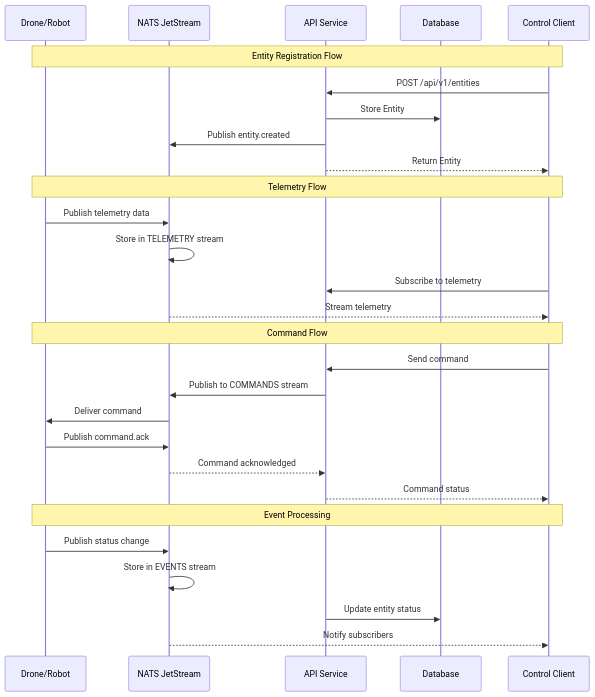
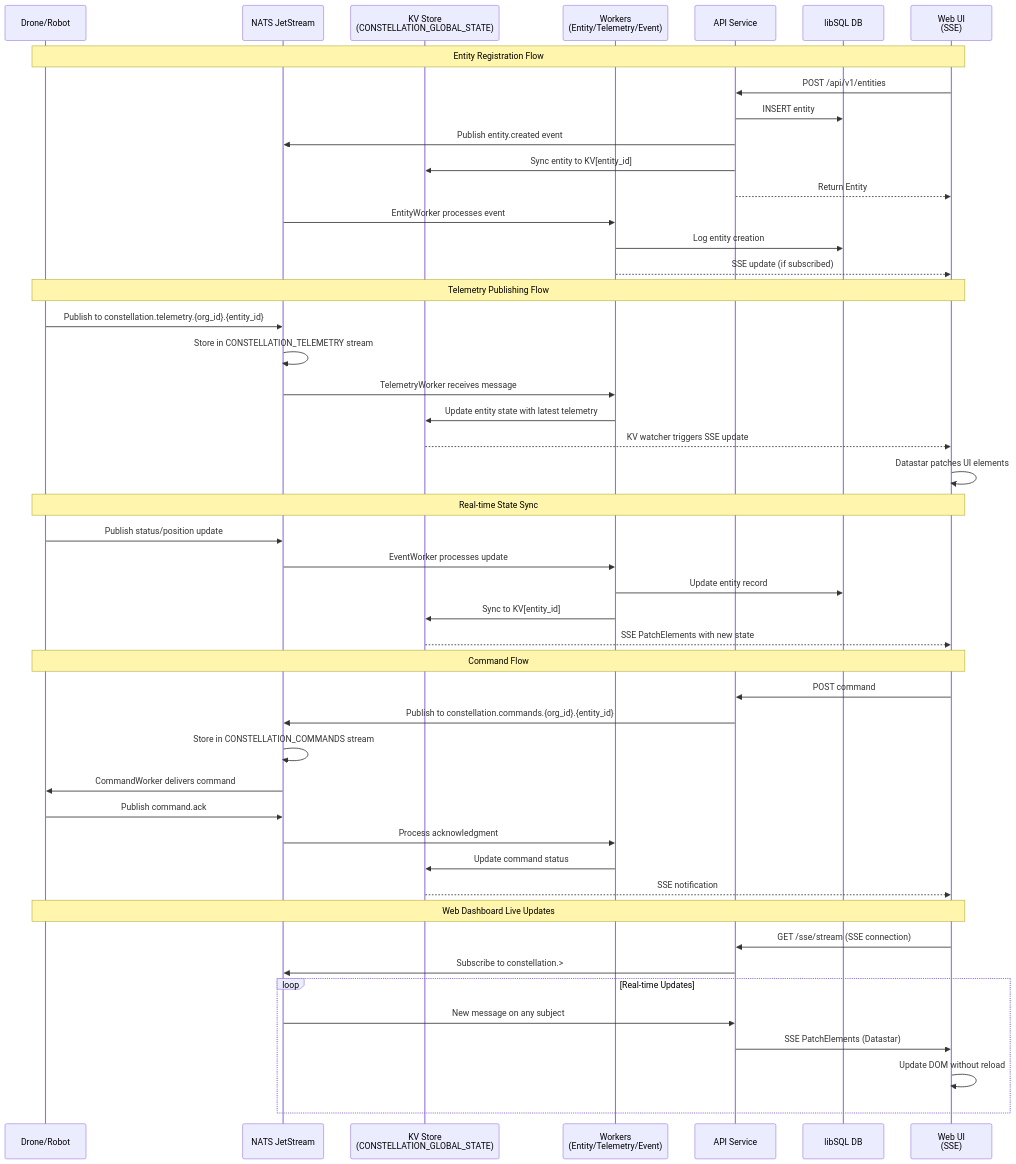
Before and after one commit to xznhj8129/constellation-overwatch: the second of 2 diagrams in README.md, drawn with Mermaid. The commit also changed other lines of this file, not shown here.

Commit message:
design: update data flow

````diff
--- a/README.md
+++ b/README.md
@@ -105,34 +105,54 @@
 ```mermaid
 sequenceDiagram
     participant D as Drone/Robot
     participant N as NATS JetStream
+    participant KV as KV Store<br/>(CONSTELLATION_GLOBAL_STATE)
+    participant W as Workers<br/>(Entity/Telemetry/Event)
     participant A as API Service
-    participant DB as Database
-    participant C as Control Client
-    
-    Note over D,C: Entity Registration Flow
-    C->>A: POST /api/v1/entities
-    A->>DB: Store Entity
-    A->>N: Publish entity.created
-    A-->>C: Return Entity
-    
-    Note over D,C: Telemetry Flow
-    D->>N: Publish telemetry data
-    N->>N: Store in TELEMETRY stream
-    C->>A: Subscribe to telemetry
-    N-->>C: Stream telemetry
-    
-    Note over D,C: Command Flow
-    C->>A: Send command
-    A->>N: Publish to COMMANDS stream
-    N->>D: Deliver command
+    participant DB as libSQL DB
+    participant UI as Web UI<br/>(SSE)
+
+    Note over D,UI: Entity Registration Flow
+    UI->>A: POST /api/v1/entities
+    A->>DB: INSERT entity
+    A->>N: Publish entity.created event
+    A->>KV: Sync entity to KV[entity_id]
+    A-->>UI: Return Entity
+    N->>W: EntityWorker processes event
+    W->>DB: Log entity creation
+    W-->>UI: SSE update (if subscribed)
+
+    Note over D,UI: Telemetry Publishing Flow
+    D->>N: Publish to constellation.telemetry.{org_id}.{entity_id}
+    N->>N: Store in CONSTELLATION_TELEMETRY stream
+    N->>W: TelemetryWorker receives message
+    W->>KV: Update entity state with latest telemetry
+    KV-->>UI: KV watcher triggers SSE update
+    UI->>UI: Datastar patches UI elements
+
+    Note over D,UI: Real-time State Sync
+    D->>N: Publish status/position update
+    N->>W: EventWorker processes update
+    W->>DB: Update entity record
+    W->>KV: Sync to KV[entity_id]
+    KV-->>UI: SSE PatchElements with new state
+
+    Note over D,UI: Command Flow
+    UI->>A: POST command
+    A->>N: Publish to constellation.commands.{org_id}.{entity_id}
+    N->>N: Store in CONSTELLATION_COMMANDS stream
+    N->>D: CommandWorker delivers command
     D->>N: Publish command.ack
-    N-->>A: Command acknowledged
-    A-->>C: Command status
-    
-    Note over D,C: Event Processing
-    D->>N: Publish status change
-    N->>N: Store in EVENTS stream
-    A->>DB: Update entity status
-    N-->>C: Notify subscribers
+    N->>W: Process acknowledgment
+    W->>KV: Update command status
+    KV-->>UI: SSE notification
+
+    Note over D,UI: Web Dashboard Live Updates
+    UI->>A: GET /sse/stream (SSE connection)
+    A->>N: Subscribe to constellation.>
+    loop Real-time Updates
+        N->>A: New message on any subject
+        A->>UI: SSE PatchElements (Datastar)
+        UI->>UI: Update DOM without reload
+    end
 ```
````
